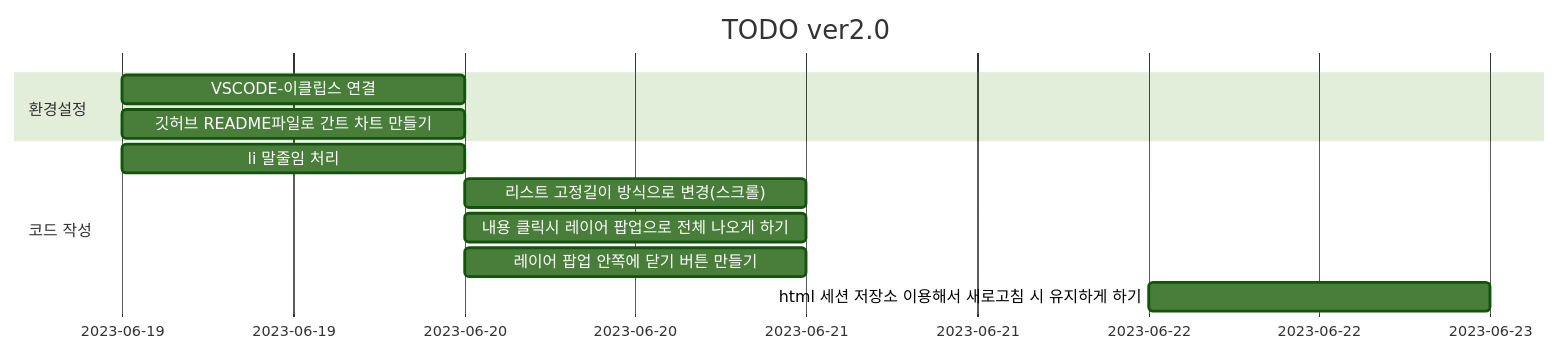
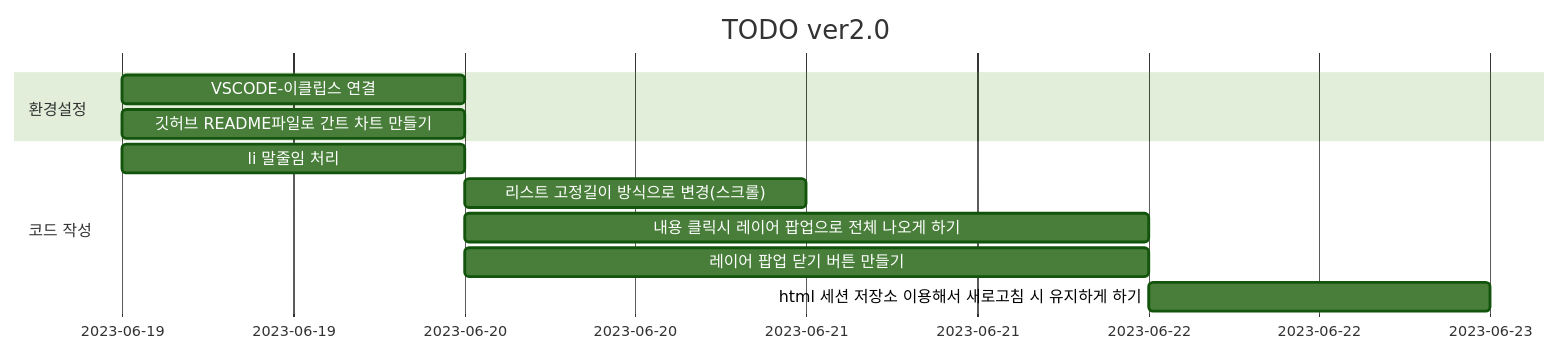
One commit to UDONGSALI/Toy-Project changed the diagram in TODO_ver2/README.md. Above: the diagram before and after it, drawn with Mermaid (forest theme). The commit also changed other lines of this file, not shown here.

````diff
--- a/TODO_ver2/README.md
+++ b/TODO_ver2/README.md
@@ -14,14 +23,14 @@
 ```mermaid
 gantt
     title TODO ver2.0
     dateFormat  YYYY-MM-DD
     section 환경설정
     VSCODE-이클립스 연결:2023-06-19, 1d
     깃허브 README파일로 간트 차트 만들기:2023-06-19, 1d
     section 코드 작성
     li 말줄임 처리: 2023-06-19, 1d
     리스트 고정길이 방식으로 변경(스크롤): 2023-06-20, 1d
-    내용 클릭시 레이어 팝업으로 전체 나오게 하기: 2023-06-20, 1d
-    레이어 팝업 안쪽에 닫기 버튼 만들기: 2023-06-20, 1d
+    내용 클릭시 레이어 팝업으로 전체 나오게 하기: 2023-06-20, 2d
+    레이어 팝업 닫기 버튼 만들기: 2023-06-20, 2d
     html 세션 저장소 이용해서 새로고침 시 유지하게 하기: 2023-06-22, 1d
 ```
````
